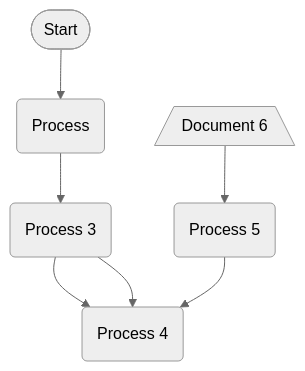
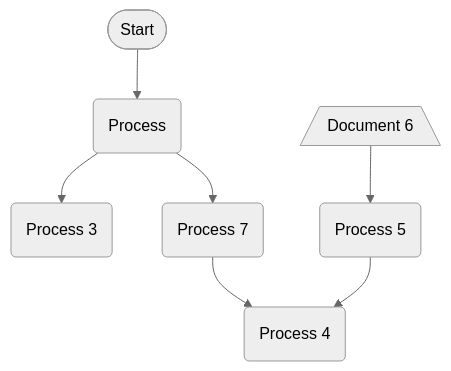
Before and after one commit to pingpm/mermaid_vault: the diagram in mmd/213_c5af034f-6234-41e3-b9bf-ef52cf6f449c.mmd, drawn with Mermaid (neutral theme). The commit also changed 3 other files, not shown here.

Commit message:
Sync Mermaid Studio data (23 diagrams)

```diff
--- a/mmd/213_c5af034f-6234-41e3-b9bf-ef52cf6f449c.mmd
+++ b/mmd/213_c5af034f-6234-41e3-b9bf-ef52cf6f449c.mmd
@@ -1,13 +1,14 @@
 flowchart TD
   n_0(["Start"])
   n_1("Process")
   n_2("Process 3")
   n_3("Process 4")
   n_4("Process 5")
   n_5[/"Document 6"\]
+  n_6("Process 7")
   n_0 --> n_1
-  n_2 --> n_3
   n_4 --> n_3
   n_5 --> n_4
-  n_2 --> n_3
   n_1 --> n_2
+  n_1 --> n_6
+  n_6 --> n_3
```
